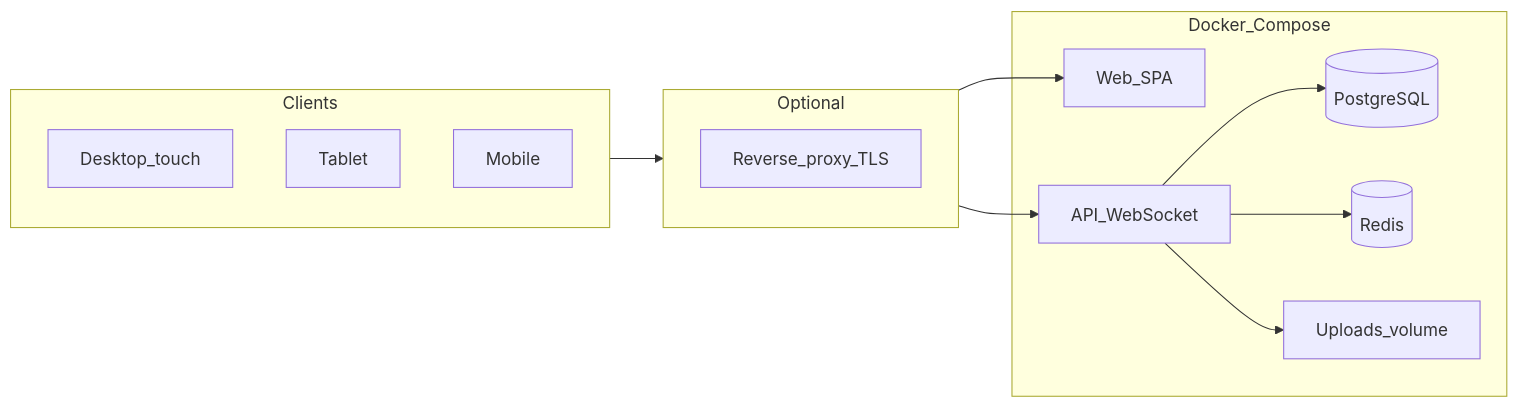
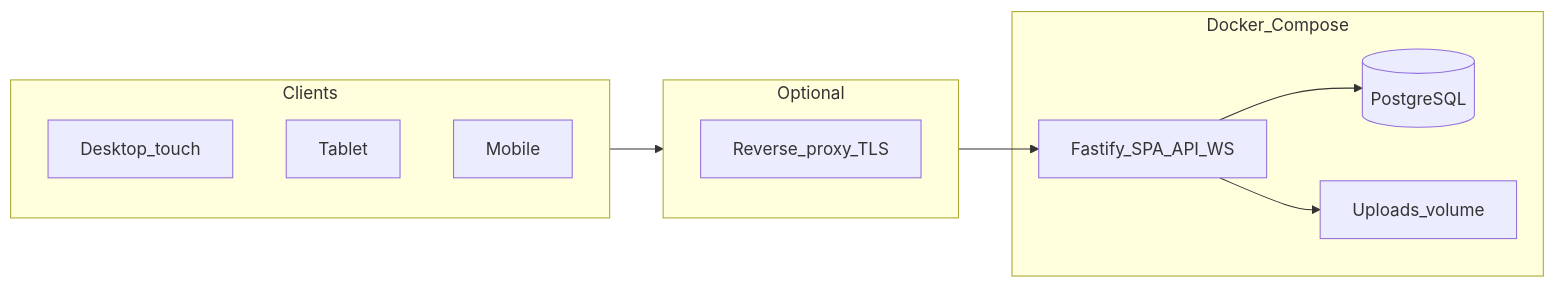
Before and after one commit to doug86i/changeoverlord: the diagram in docs/PLAN.md, drawn with Mermaid. The commit also changed other lines of this file and 104 other files, not shown here.

````diff
--- a/docs/PLAN.md
+++ b/docs/PLAN.md
@@ -116,24 +117,20 @@
 ```mermaid
 flowchart LR
   subgraph clients [Clients]
     Desktop[Desktop_touch]
     Tablet[Tablet]
     Mobile[Mobile]
   end
   subgraph edge [Optional]
     Proxy[Reverse_proxy_TLS]
   end
   subgraph stack [Docker_Compose]
-    Web[Web_SPA]
-    API[API_WebSocket]
+    App[Fastify_SPA_API_WS]
     DB[(PostgreSQL)]
-    Cache[(Redis)]
     Files[Uploads_volume]
   end
   clients --> edge
-  edge --> Web
-  edge --> API
-  API --> DB
-  API --> Cache
-  API --> Files
+  edge --> App
+  App --> DB
+  App --> Files
 ```
````
